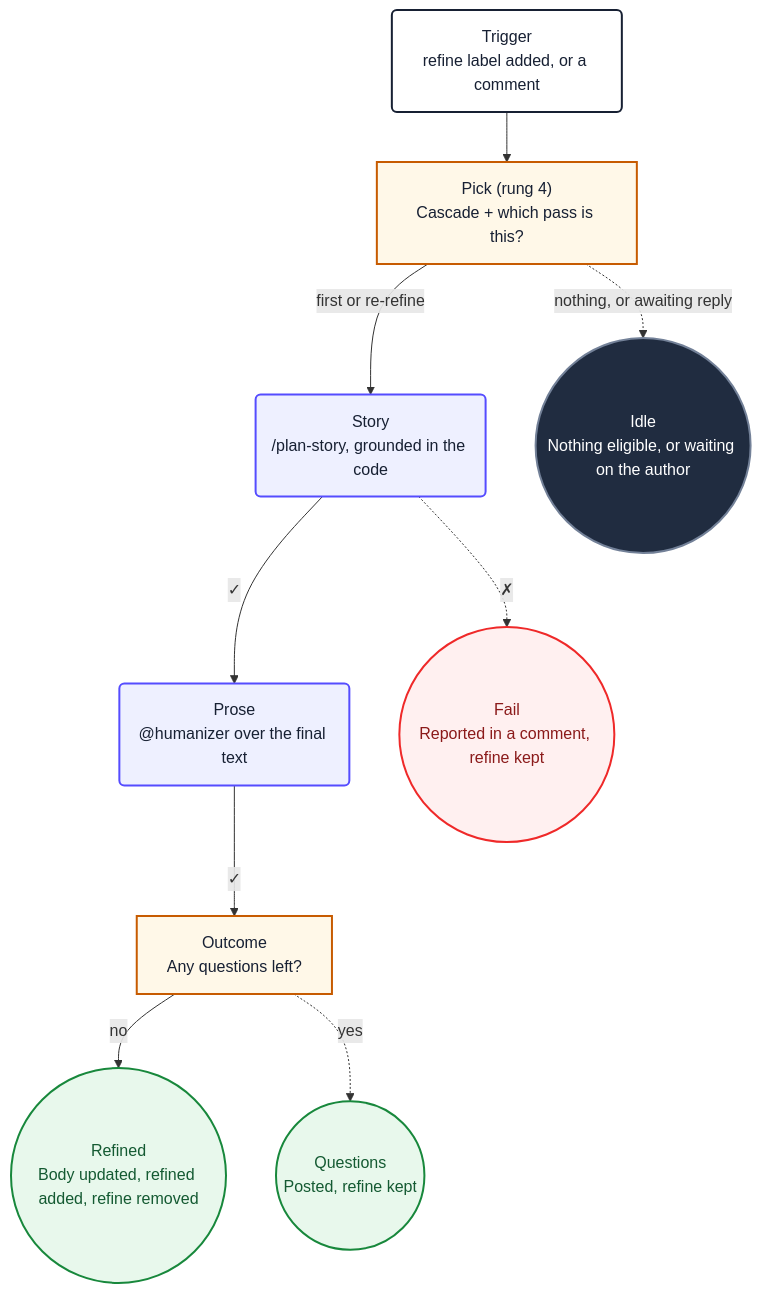
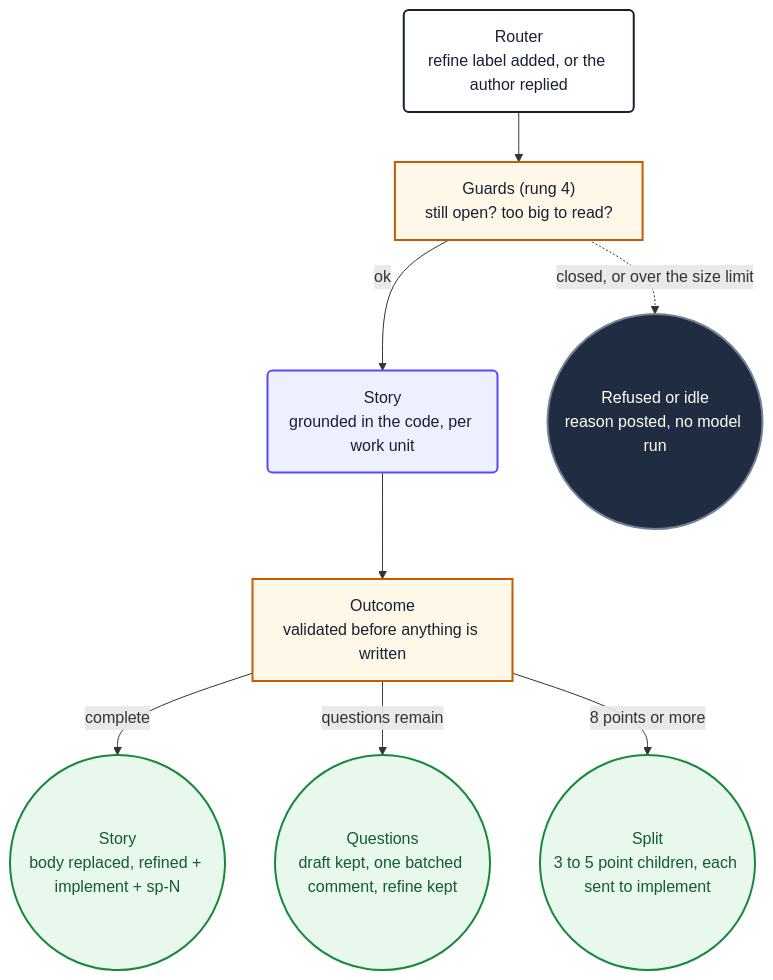
Before and after one commit to PlainConceptsPlatform/foundations: the second of 3 diagrams in apps/docs/content/docs/ai.mdx, drawn with Mermaid. The commit also changed other lines of this file and 20 other files, not shown here.

````diff
--- a/apps/docs/content/docs/ai.mdx
+++ b/apps/docs/content/docs/ai.mdx
@@ -674,29 +663,26 @@
 ```mermaid
 flowchart TD
-    refStart("Trigger<br/>refine label added, or a comment") --> refPick
-    refPick["Pick (rung 4)<br/>Cascade + which pass is this?"] -->|first or re-refine| refStory
-    refPick -.->|nothing, or awaiting reply| refIdle
-    refStory("Story<br/>/plan-story, grounded in the code") -->|✓| refProse
-    refStory -.->|✗| refFail
-    refProse("Prose<br/>@humanizer over the final text") -->|✓| refOutcome
-    refOutcome["Outcome<br/>Any questions left?"] -->|no| refDone
-    refOutcome -.->|yes| refAsk
-    refDone(("Refined<br/>Body updated, refined added, refine removed"))
-    refAsk(("Questions<br/>Posted, refine kept"))
-    refIdle(("Idle<br/>Nothing eligible, or waiting on the author"))
-    refFail(("Fail<br/>Reported in a comment, refine kept"))
+    refStart("Router<br/>refine label added, or the author replied") --> refGuard
+    refGuard["Guards (rung 4)<br/>still open? too big to read?"] -->|ok| refStory
+    refGuard -.->|closed, or over the size limit| refIdle
+    refStory("Story<br/>grounded in the code, per work unit") --> refOutcome
+    refOutcome["Outcome<br/>validated before anything is written"] -->|complete| refDone
+    refOutcome -->|questions remain| refAsk
+    refOutcome -->|8 points or more| refSplit
+    refDone(("Story<br/>body replaced, refined + implement + sp-N"))
+    refAsk(("Questions<br/>draft kept, one batched comment, refine kept"))
+    refSplit(("Split<br/>3 to 5 point children, each sent to implement"))
+    refIdle(("Refused or idle<br/>reason posted, no model run"))
 
     classDef start fill:#ffffff,stroke:#172033,stroke-width:2px,color:#172033
     classDef action fill:#eef0ff,stroke:#554cff,stroke-width:2px,color:#172033
     classDef decision fill:#fff8e8,stroke:#c75b00,stroke-width:2px,color:#172033
     classDef idle fill:#202c40,stroke:#738198,stroke-width:2px,color:#ffffff
-    classDef failure fill:#fff0f0,stroke:#ef2929,stroke-width:2px,color:#8b1a1a
     classDef success fill:#e8f8ec,stroke:#18883c,stroke-width:2px,color:#145a32
 
     class refStart start
-    class refStory,refProse action
-    class refPick,refOutcome decision
+    class refStory action
+    class refGuard,refOutcome decision
     class refIdle idle
-    class refFail failure
-    class refDone,refAsk success
+    class refDone,refAsk,refSplit success
 ```
````
